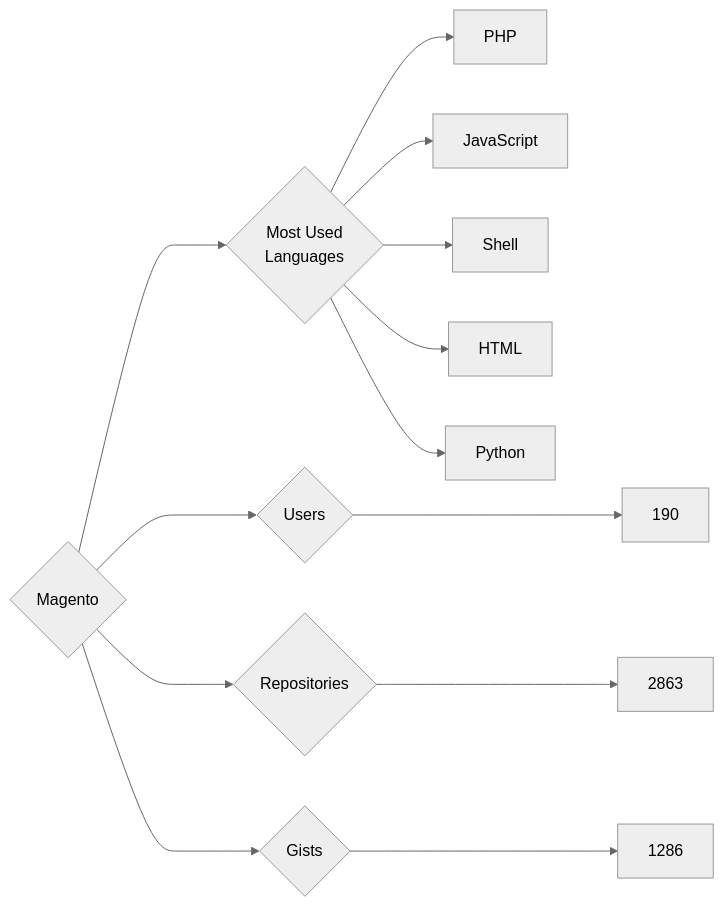
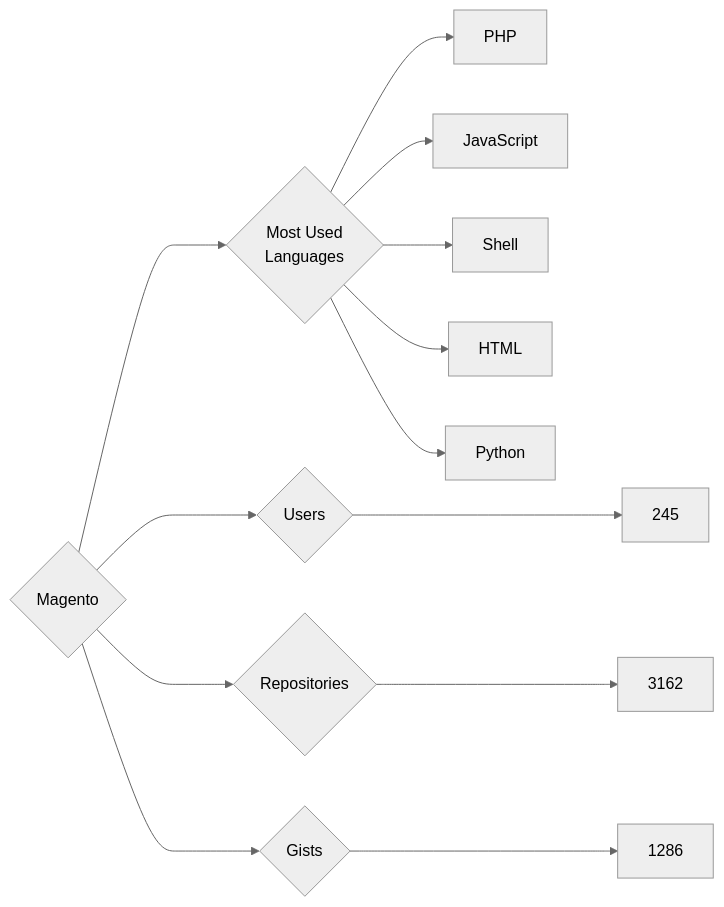
The diagram in targets/Magento/README.md (trickest/insiders), drawn with Mermaid (neutral theme) before and after one commit. The commit also changed 847 other files, not shown here.

````diff
--- a/targets/Magento/README.md
+++ b/targets/Magento/README.md
@@ -3,13 +3,13 @@
 ```mermaid
 graph LR
 COMPANY_NAME{Magento}
-COMPANY_NAME ---> U{Users} ---> UN[190]
-COMPANY_NAME ---> R{Repositories} ---> RN[2863]
+COMPANY_NAME ---> U{Users} ---> UN[245]
+COMPANY_NAME ---> R{Repositories} ---> RN[3162]
 COMPANY_NAME ---> G{Gists} ---> GN[1286]
 COMPANY_NAME ---> ML{Most Used<br>Languages}
 ML --> PHP[PHP]
 ML --> JavaScript[JavaScript]
 ML --> Shell[Shell]
 ML --> HTML[HTML]
 ML --> Python[Python]
 ```
````
